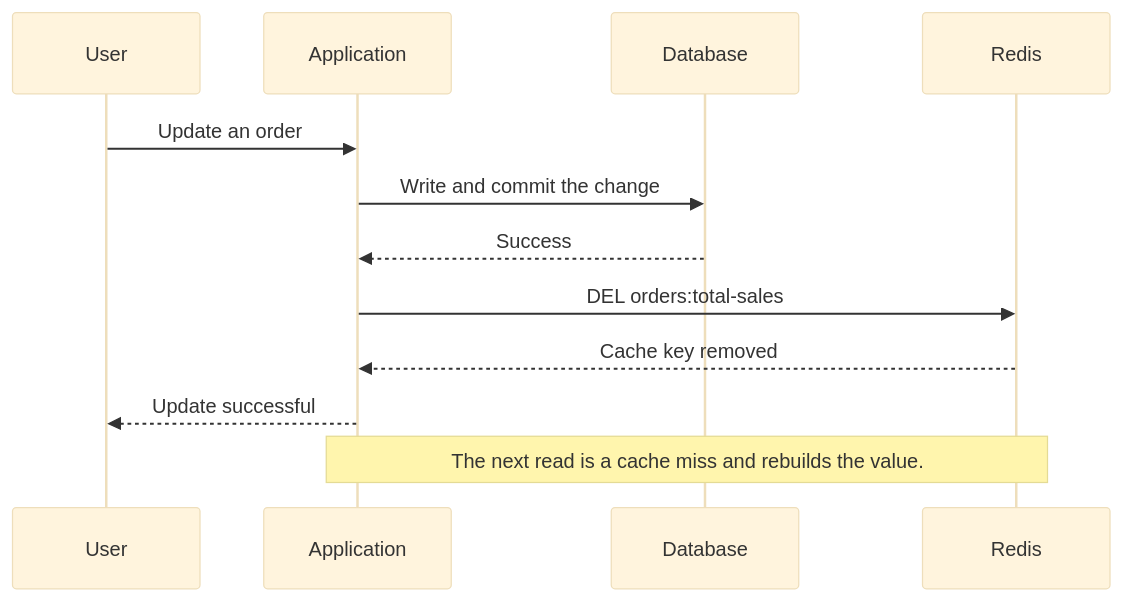
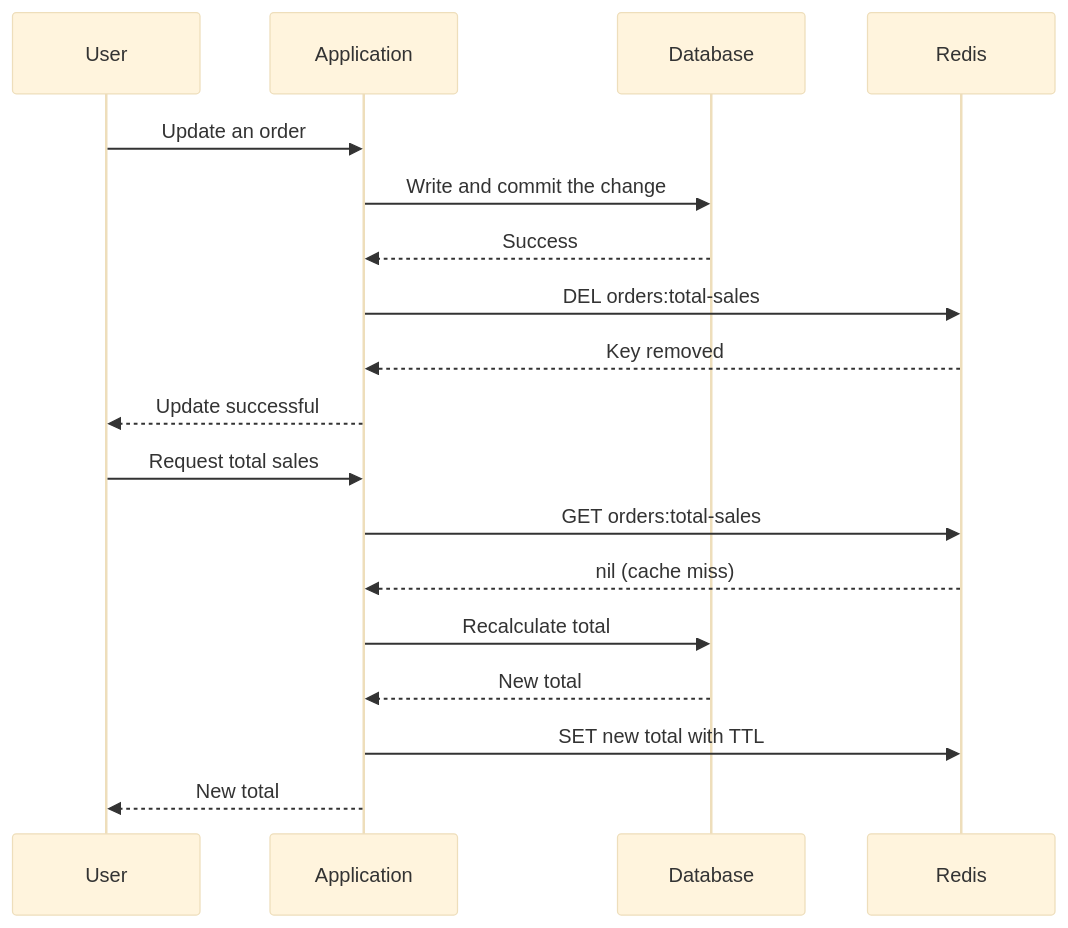
Before and after one commit to vanshbaranwal/backend-projects: the third of 7 diagrams in redis/README.md, drawn with Mermaid (base theme). The commit also changed other lines of this file and 1 other file, not shown here.

Commit message:
docs(redis): clarify notes with analogies and accurate flows

````diff
--- a/redis/README.md
+++ b/redis/README.md
@@ -161,15 +177,21 @@
 ```mermaid
 sequenceDiagram
     participant U as User
     participant A as Application
     participant D as Database
     participant R as Redis
 
     U->>A: Update an order
     A->>D: Write and commit the change
     D-->>A: Success
     A->>R: DEL orders:total-sales
-    R-->>A: Cache key removed
+    R-->>A: Key removed
     A-->>U: Update successful
-    Note over A,R: The next read is a cache miss and rebuilds the value.
+    U->>A: Request total sales
+    A->>R: GET orders:total-sales
+    R-->>A: nil (cache miss)
+    A->>D: Recalculate total
+    D-->>A: New total
+    A->>R: SET new total with TTL
+    A-->>U: New total
 ```
````
